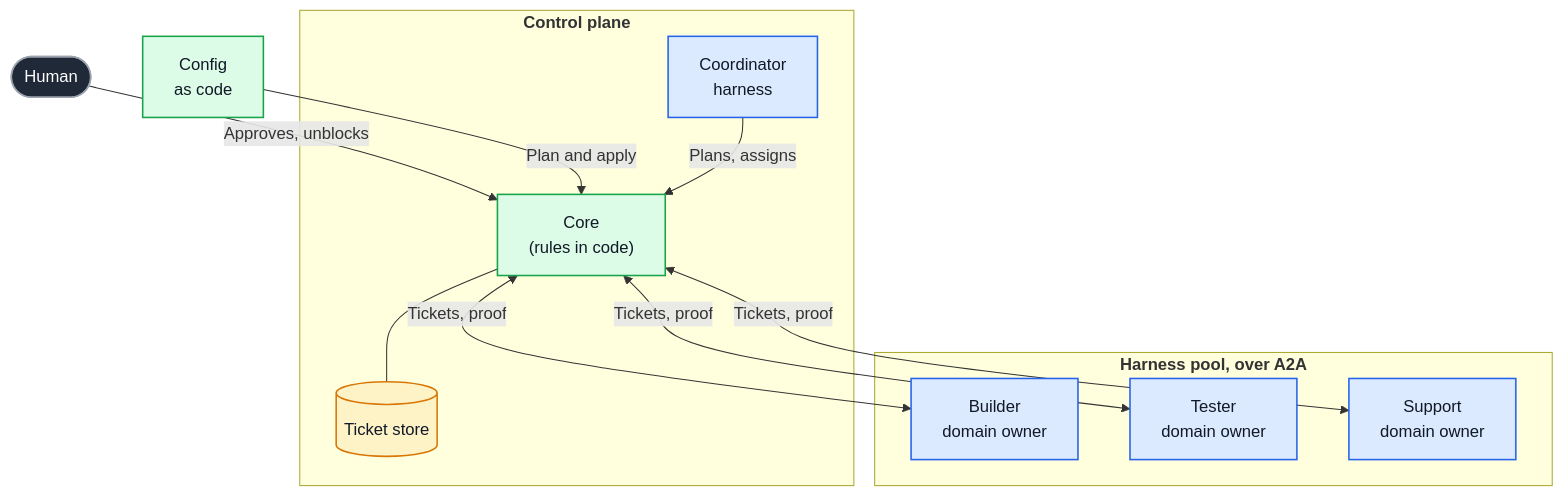
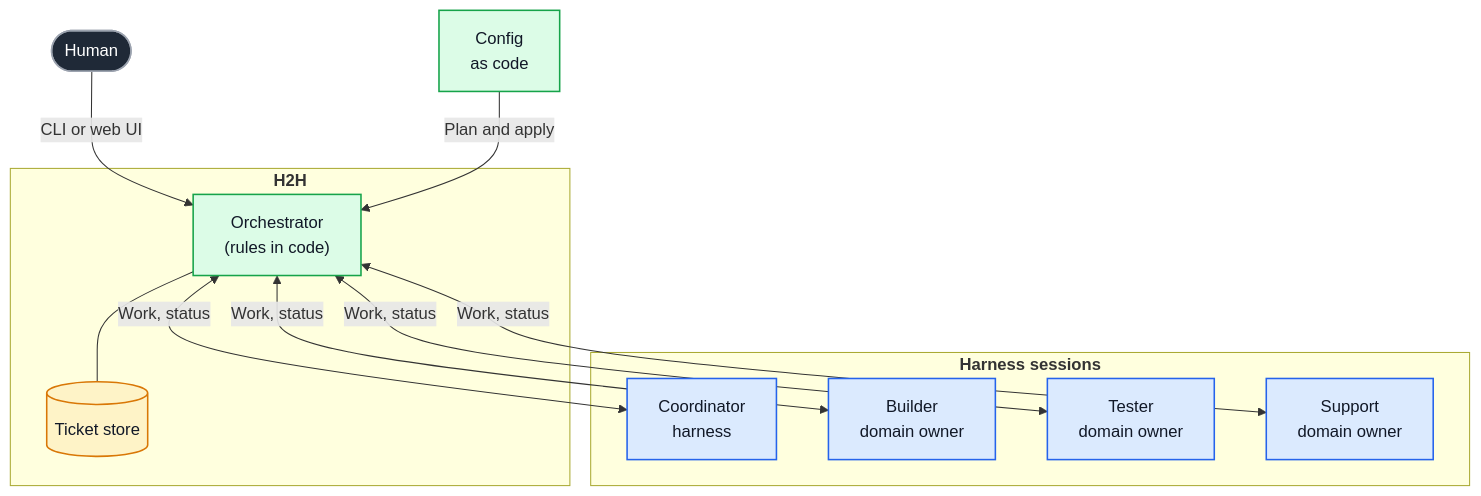
One commit to Selkomark/multi-agent-playground changed the first of 2 diagrams in experiments/02-h2h/docs/design.md. Above: the diagram before and after it, drawn with Mermaid. The commit also changed other lines of this file and 9 other files, not shown here.

````diff
--- a/experiments/02-h2h/docs/design.md
+++ b/experiments/02-h2h/docs/design.md
@@ -7,32 +7,32 @@
 ```mermaid
 flowchart TD
-    HUMAN(["Human"]) -->|Approves, unblocks| CORE
+    HUMAN(["Human"]) -->|CLI or web UI| CORE
     CONFIG["Config<br/>as code"] -->|Plan and apply| CORE
 
-    subgraph CONTROL["<b>Control plane</b>"]
-        COORD["Coordinator<br/>harness"]
-        CORE["Core<br/>(rules in code)"]
+    subgraph CONTROL["<b>H2H</b>"]
+        CORE["Orchestrator<br/>(rules in code)"]
         TICKETS[("Ticket store")]
-        COORD -->|Plans, assigns| CORE
         CORE --- TICKETS
     end
 
-    subgraph POOL["<b>Harness pool, over A2A</b>"]
+    subgraph SESSIONS["<b>Harness sessions</b>"]
+        COORD["Coordinator<br/>harness"]
         BUILD["Builder<br/>domain owner"]
         TEST["Tester<br/>domain owner"]
         SUPPORT["Support<br/>domain owner"]
     end
 
-    CORE <-->|Tickets, proof| BUILD
-    CORE <-->|Tickets, proof| TEST
-    CORE <-->|Tickets, proof| SUPPORT
+    CORE <-->|Work, status| COORD
+    CORE <-->|Work, status| BUILD
+    CORE <-->|Work, status| TEST
+    CORE <-->|Work, status| SUPPORT
 
     classDef entry fill:#1f2937,stroke:#9ca3af,stroke-width:1.5px,color:#ffffff
     classDef harness fill:#dbeafe,stroke:#2563eb,stroke-width:1.5px,color:#111827
     classDef code fill:#dcfce7,stroke:#16a34a,stroke-width:1.5px,color:#111827
     classDef store fill:#fef3c7,stroke:#d97706,stroke-width:1.5px,color:#111827
     class HUMAN entry
     class COORD,BUILD,TEST,SUPPORT harness
     class CORE,CONFIG code
     class TICKETS store
 ```
````
